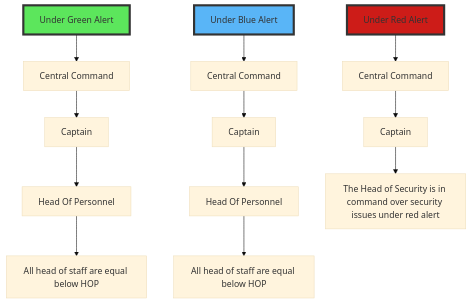
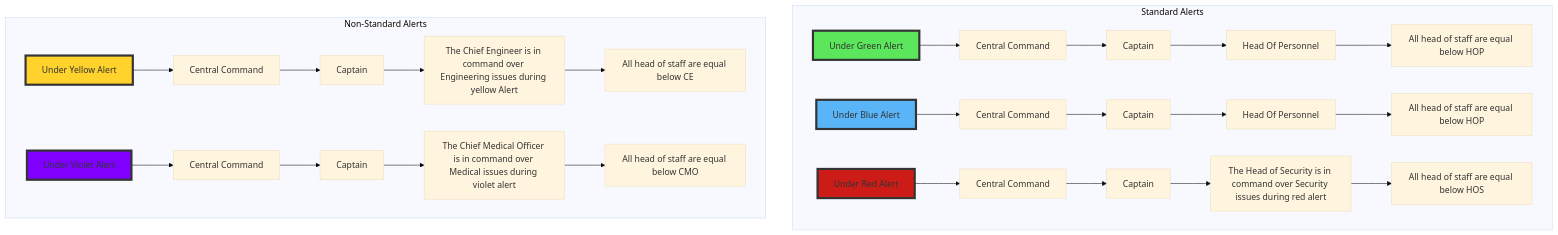
The diagram in src/en/space-station-14/roleplay-lore/proposals/Departmental-Operating-Procedure.md (space-wizards/docs), drawn with Mermaid (base theme) before and after one commit.

Commit message:
Finished chain of command example with mermaid

````diff
--- a/src/en/space-station-14/roleplay-lore/proposals/Departmental-Operating-Procedure.md
+++ b/src/en/space-station-14/roleplay-lore/proposals/Departmental-Operating-Procedure.md
@@ -23,21 +23,36 @@
 ```mermaid
 graph TD;
+    subgraph Standard Alerts
     idG[Under Green Alert]-->idCC1[Central Command];
     style idG fill:#5ce65c,stroke:#333,stroke-width:4px
     idCC1-->idC1[Captain];
     idC1-->idHOP1[Head Of Personnel];
     idHOP1-->idG1[All head of staff are equal below HOP];
 
     idB[Under Blue Alert]-->idCC2[Central Command];
     style idB fill:#59b5f7,stroke:#333,stroke-width:4px
     idCC2-->idC2[Captain];
     idC2-->idHOP2[Head Of Personnel];
     idHOP2-->idB1[All head of staff are equal below HOP];
 
     idR[Under Red Alert]-->idCC3[Central Command];
     style idR fill:#cd1c18,stroke:#333,stroke-width:4px
     idCC3-->idC3[Captain];
-    idC3-->idHOS1[The Head of Security is in command over security issues under red alert]
+    idC3-->idHOS1[The Head of Security is in command over Security issues during red alert];
+    idHOS1-->idR1[All head of staff are equal below HOS];
+    end
+    subgraph Non-Standard Alerts
 
-    
+    idY[Under Yellow Alert]-->idCC4[Central Command];
+    style idY fill:#ffd32c,stroke:#333,stroke-width:4px
+    idCC4-->idC4[Captain];
+    idC4-->idCE1[The Chief Engineer is in command over Engineering issues during yellow Alert];
+    idCE1-->idY1[All head of staff are equal below CE];
+
+    idV[Under Violet Alert]-->idCC5[Central Command];
+    style idV fill:#7f00ff,stroke:#333,stroke-width:4px
+    idCC5-->idC5[Captain];
+    idC5-->idCMO1[The Chief Medical Officer is in command over Medical issues during violet alert];
+    idCMO1-->idV1[All head of staff are equal below CMO];
+    end
 ```
````
